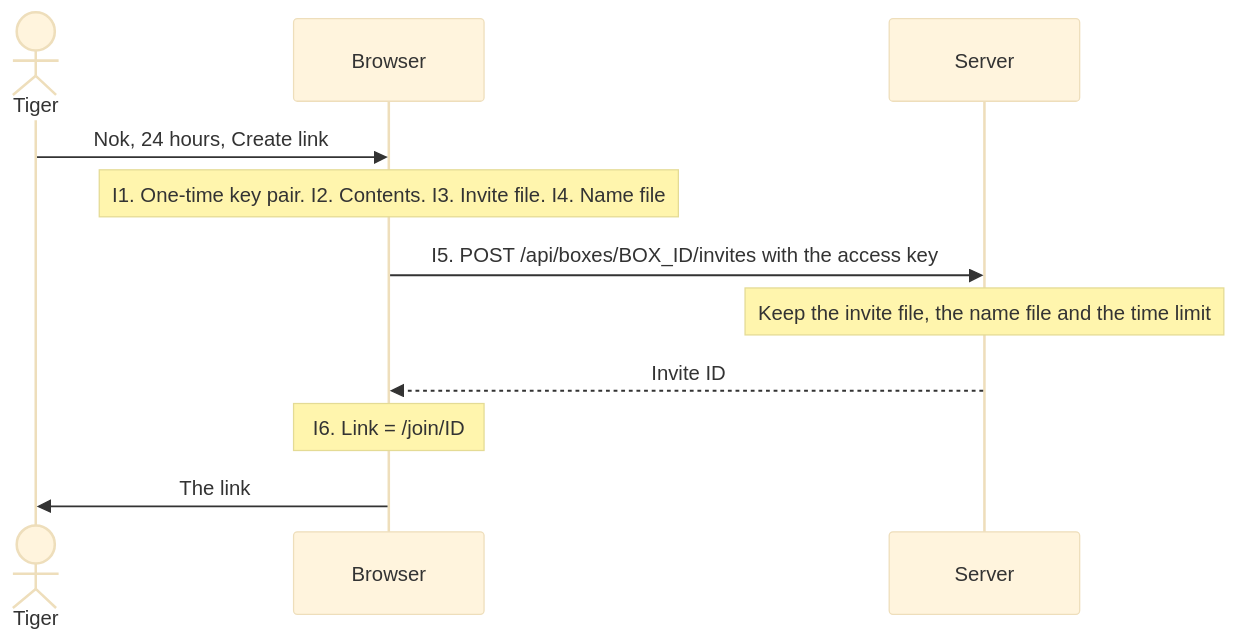
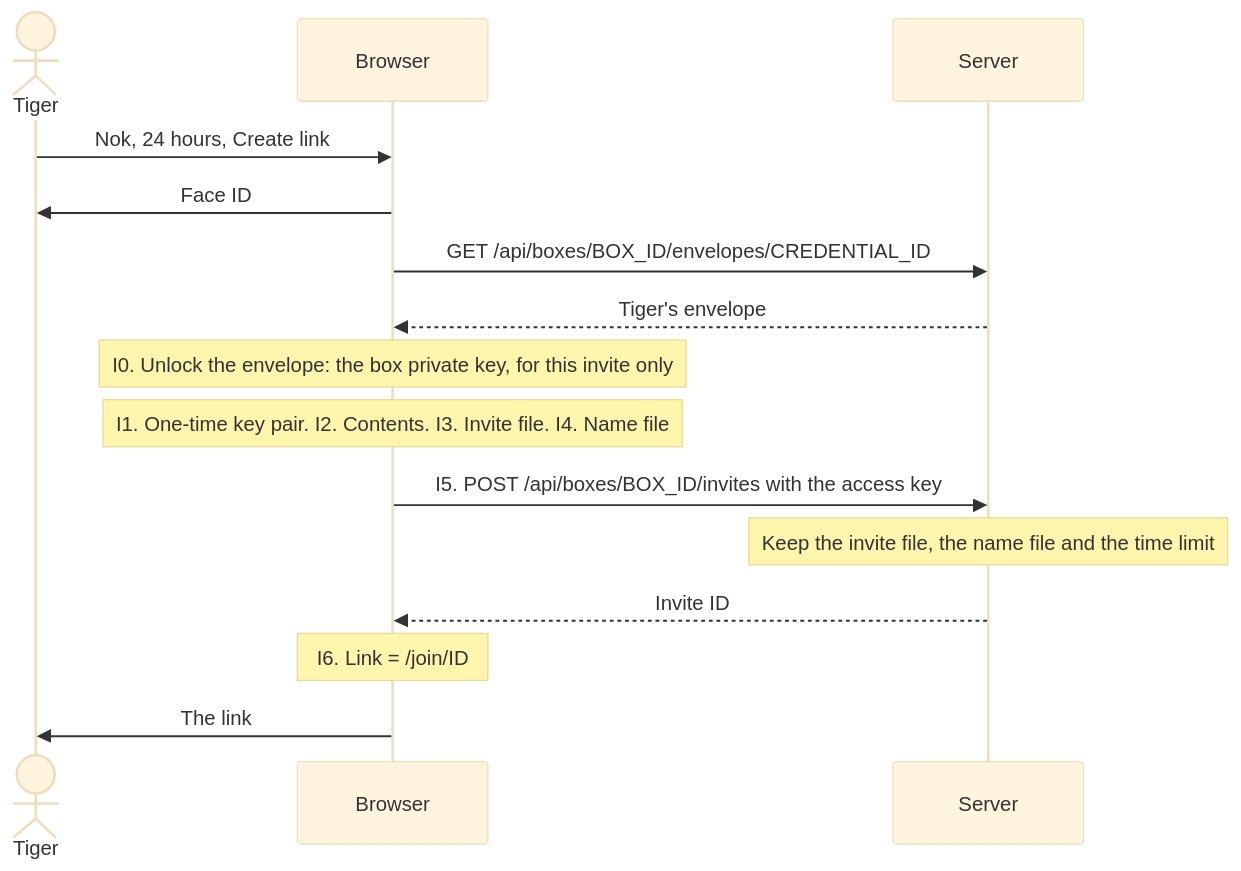
Before and after one commit to intaniger/secretbox: the first of 2 diagrams in docs/04-create-invite.md, drawn with Mermaid (base theme). The commit also changed other lines of this file and 15 other files, not shown here.

````diff
--- a/docs/04-create-invite.md
+++ b/docs/04-create-invite.md
@@ -30,13 +31,17 @@
 ```mermaid
 sequenceDiagram
   actor T as Tiger
   participant B as Browser
   participant S as Server
   T->>B: Nok, 24 hours, Create link
+  B->>T: Face ID
+  B->>S: GET /api/boxes/BOX_ID/envelopes/CREDENTIAL_ID
+  S-->>B: Tiger's envelope
+  Note over B: I0. Unlock the envelope: the box private key, for this invite only
   Note over B: I1. One-time key pair. I2. Contents. I3. Invite file. I4. Name file
   B->>S: I5. POST /api/boxes/BOX_ID/invites with the access key
   Note over S: Keep the invite file, the name file and the time limit
   S-->>B: Invite ID
   Note over B: I6. Link = /join/ID#one-time private key
   B->>T: The link
 ```
````
